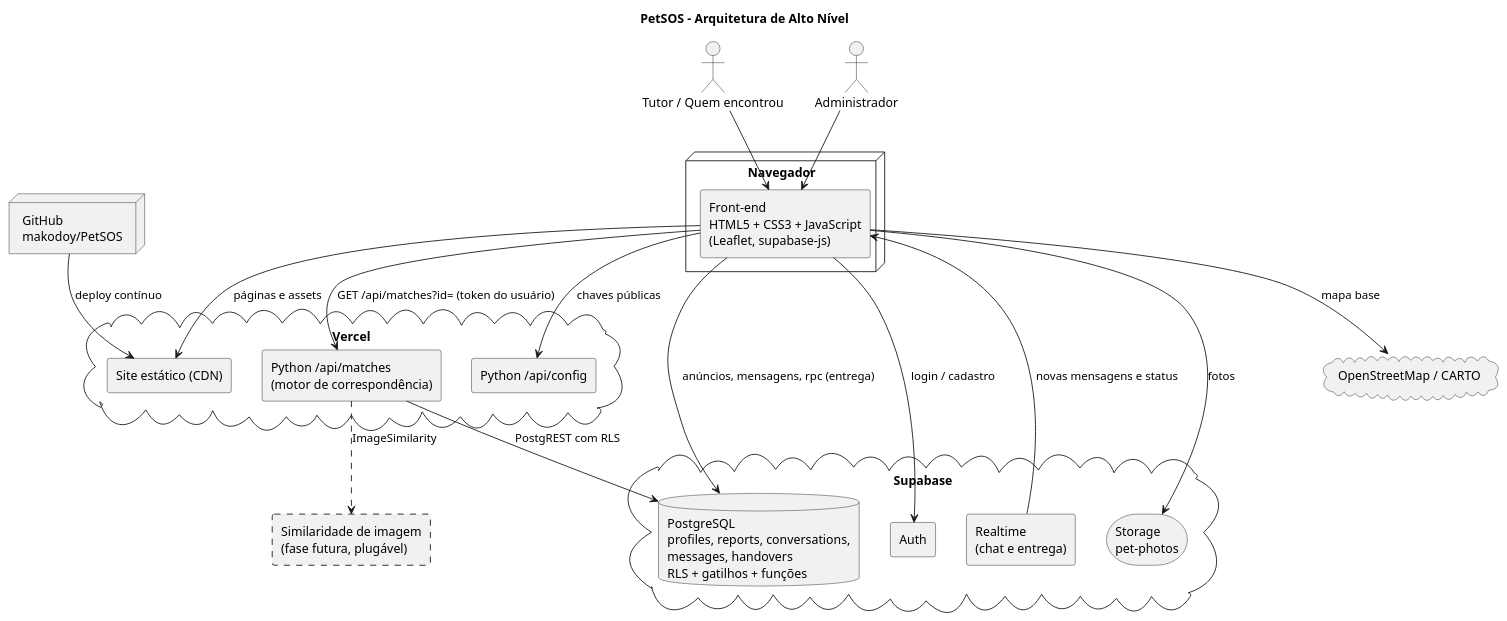
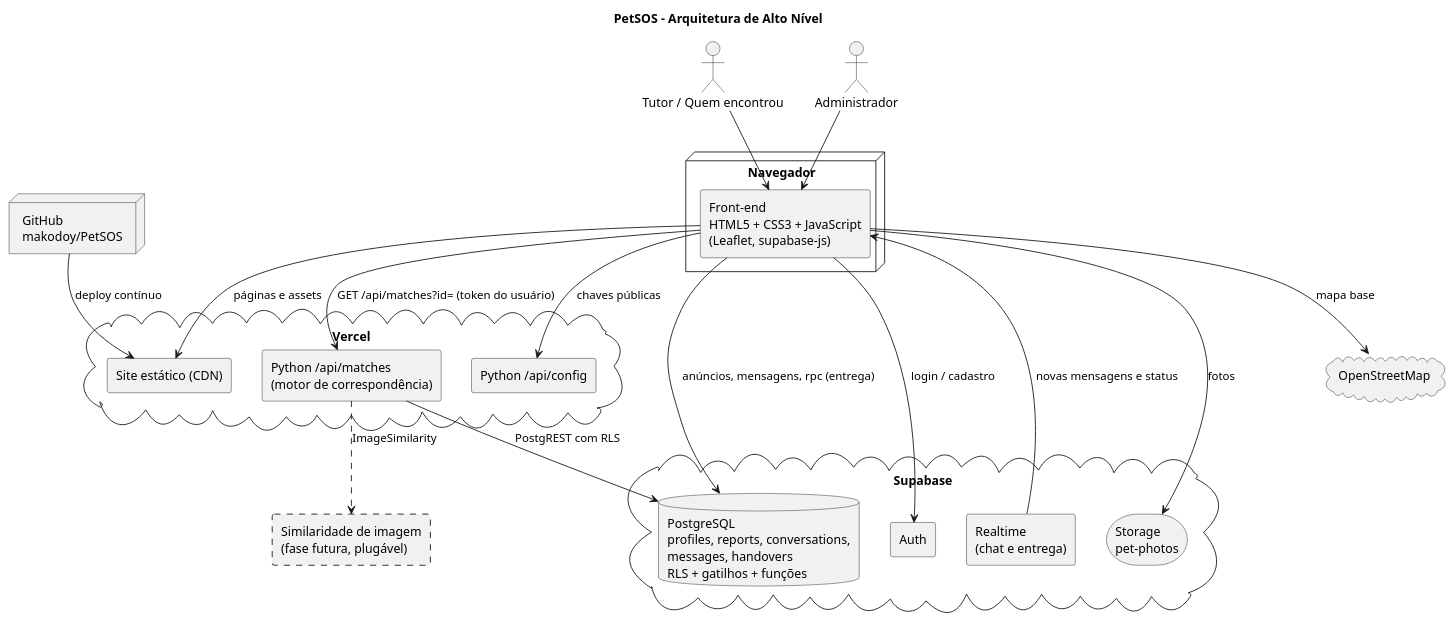
One commit to makodoy/PetSOS changed the diagram in docs/arquitetura.puml. Above: the diagram before and after it, drawn with PlantUML. The commit also changed 14 other files, not shown here.

```diff
--- a/docs/arquitetura.puml
+++ b/docs/arquitetura.puml
@@ -1,43 +1,43 @@
 @startuml PetSOS_Arquitetura
 title PetSOS - Arquitetura de Alto Nível
 skinparam componentStyle rectangle
 skinparam shadowing false
 
 actor "Tutor / Quem encontrou" as user
 actor "Administrador" as admin
 
 node "Navegador" {
   component "Front-end\nHTML5 + CSS3 + JavaScript\n(Leaflet, supabase-js)" as fe
 }
 
 cloud "Vercel" {
   component "Site estático (CDN)" as cdn
   component "Python /api/matches\n(motor de correspondência)" as match
   component "Python /api/config" as cfg
 }
 
 cloud "Supabase" {
   component "Auth" as auth
   database "PostgreSQL\nprofiles, reports, conversations,\nmessages, handovers\nRLS + gatilhos + funções" as db
   component "Realtime\n(chat e entrega)" as rt
   storage "Storage\npet-photos" as st
 }
 
-cloud "OpenStreetMap / CARTO" as tiles
+cloud "OpenStreetMap" as tiles
 component "Similaridade de imagem\n(fase futura, plugável)" as img #line.dashed
 node "GitHub\nmakodoy/PetSOS" as gh
 
 user --> fe
 admin --> fe
 fe --> cdn : páginas e assets
 fe --> cfg : chaves públicas
 fe --> auth : login / cadastro
 fe --> db : anúncios, mensagens, rpc (entrega)
 fe <-- rt : novas mensagens e status
 fe --> st : fotos
 fe --> match : GET /api/matches?id= (token do usuário)
 match --> db : PostgREST com RLS
 match ..> img : ImageSimilarity
 fe --> tiles : mapa base
 gh --> cdn : deploy contínuo
 @enduml
```
